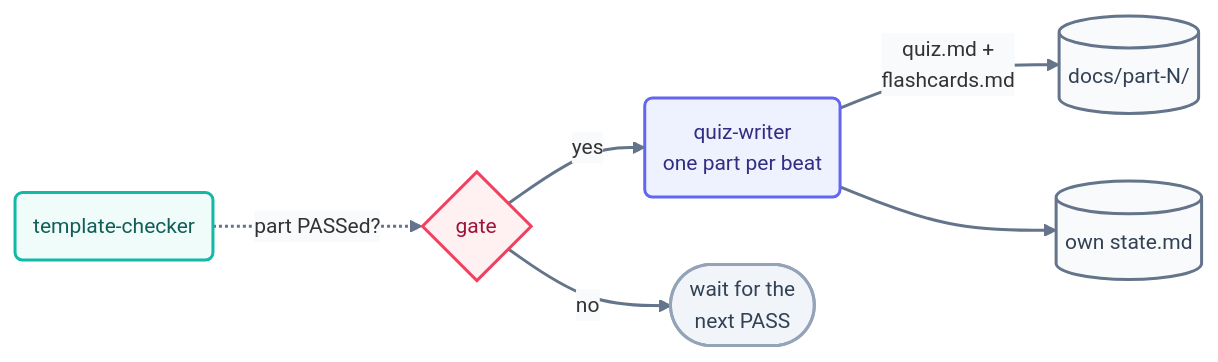
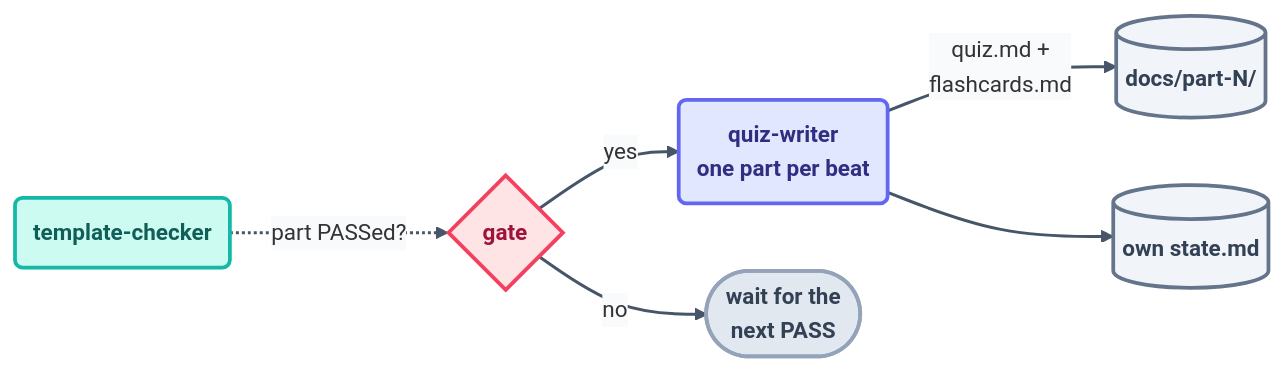
The diagram in loops/day2/quiz-writer/loop.md (ayeshakhalid192007-dev/LoopEngineering-CrashCourse), drawn with Mermaid before and after one commit. The commit also changed 66 other files, not shown here.

First line of the commit message:
docs(diagrams): visibly bolder pass — deeper fills, heavier strokes, semibold labels

````diff
--- a/loops/day2/quiz-writer/loop.md
+++ b/loops/day2/quiz-writer/loop.md
@@ -36,15 +36,15 @@
 ```mermaid
-%%{init: {'theme':'base','themeVariables':{'fontFamily':'ui-sans-serif, system-ui, sans-serif','fontSize':'14px','lineColor':'#64748b','edgeLabelBackground':'#f8fafc'},'flowchart':{'curve':'basis','nodeSpacing':45,'rankSpacing':55,'padding':12}}}%%
+%%{init: {'theme':'base','themeVariables':{'fontFamily':'ui-sans-serif, system-ui, sans-serif','fontSize':'15px','lineColor':'#475569','edgeLabelBackground':'#f8fafc'},'flowchart':{'curve':'basis','nodeSpacing':45,'rankSpacing':55,'padding':12}}}%%
 flowchart LR
     TC("template-checker"):::check -.->|"part PASSed?"| GATE{"gate"}:::limit
     GATE -->|yes| QW("quiz-writer<br/>one part per beat"):::maker
     QW -->|"quiz.md +<br/>flashcards.md"| F[("docs/part-N/")]:::file
     QW --> SP[("own state.md")]:::file
     GATE -->|no| WAIT(["wait for the<br/>next PASS"]):::stop
-    linkStyle default stroke:#64748b,stroke-width:2px;
-    classDef maker fill:#eef2ff,stroke:#6366f1,stroke-width:2px,color:#312e81;
-    classDef check fill:#effcf9,stroke:#14b8a6,stroke-width:2px,color:#115e59;
-    classDef limit fill:#fff1f2,stroke:#f43f5e,stroke-width:2px,color:#9f1239;
-    classDef file fill:#f8fafc,stroke:#64748b,stroke-width:2px,color:#334155;
-    classDef stop fill:#f1f5f9,stroke:#94a3b8,stroke-width:2px,color:#334155;
+    linkStyle default stroke:#475569,stroke-width:2px;
+    classDef maker fill:#e0e7ff,stroke:#6366f1,stroke-width:2.5px,color:#312e81,font-weight:600;
+    classDef check fill:#ccfbf1,stroke:#14b8a6,stroke-width:2.5px,color:#115e59,font-weight:600;
+    classDef limit fill:#ffe4e6,stroke:#f43f5e,stroke-width:2.5px,color:#9f1239,font-weight:600;
+    classDef file fill:#f1f5f9,stroke:#64748b,stroke-width:2.5px,color:#334155,font-weight:600;
+    classDef stop fill:#e2e8f0,stroke:#94a3b8,stroke-width:2.5px,color:#334155,font-weight:600;
 ```
````
